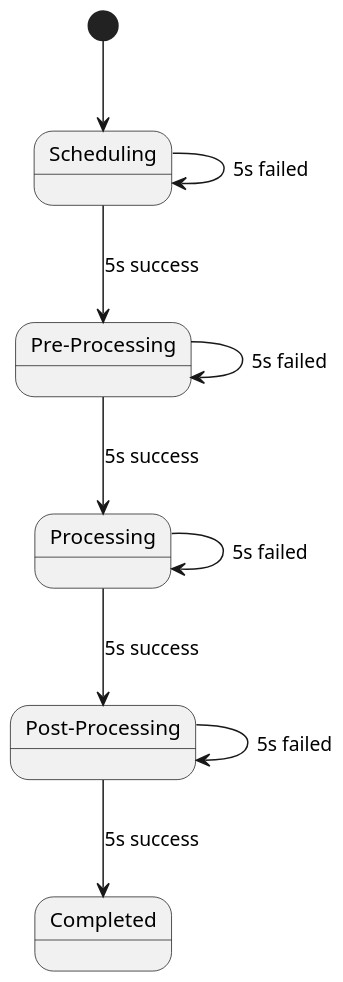
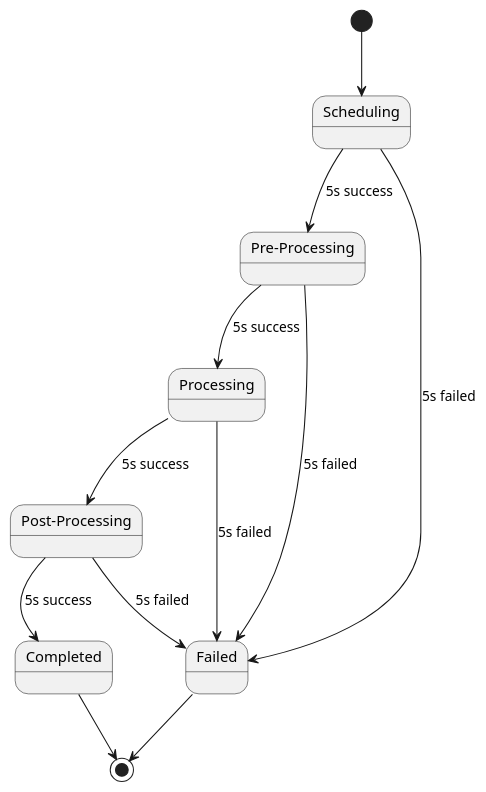
Before and after one commit to lafengnan/order-sys: the diagram in order_proc_state.puml, drawn with PlantUML. The commit also changed 15 other files, not shown here.

```diff
--- a/order_proc_state.puml
+++ b/order_proc_state.puml
@@ -1,19 +1,22 @@
 @startuml
-scale 350 width
+scale 480 width
 state "Scheduling" as sch
 state "Pre-Processing" as prep
 state "Processing" as proc
 state "Post-Processing" as post
 state "Completed" as completed
+state "Failed" as failed
 
 [*] --> sch
 sch --> prep: 5s success
-sch --> sch: 5s failed
+sch --> failed: 5s failed
 prep --> proc: 5s success
-prep --> prep: 5s failed
+prep --> failed: 5s failed
 proc --> post: 5s success
-proc --> proc: 5s failed
+proc --> failed: 5s failed
 post --> completed: 5s success
-post --> post: 5s failed
+post --> failed: 5s failed
+completed --> [*]
+failed --> [*]
 
 @enduml
```
